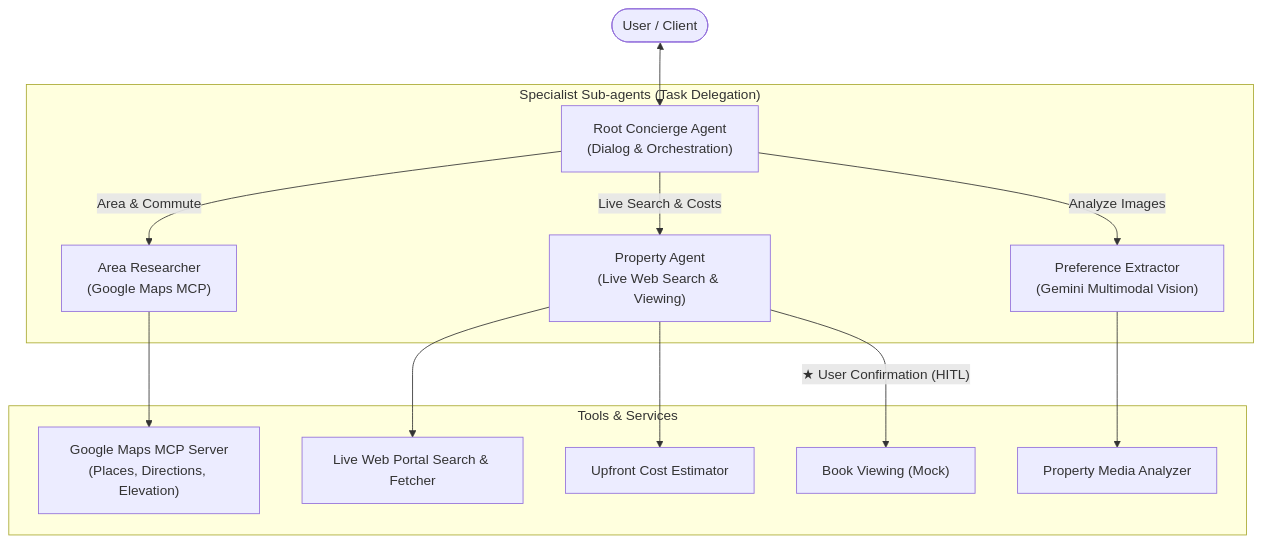
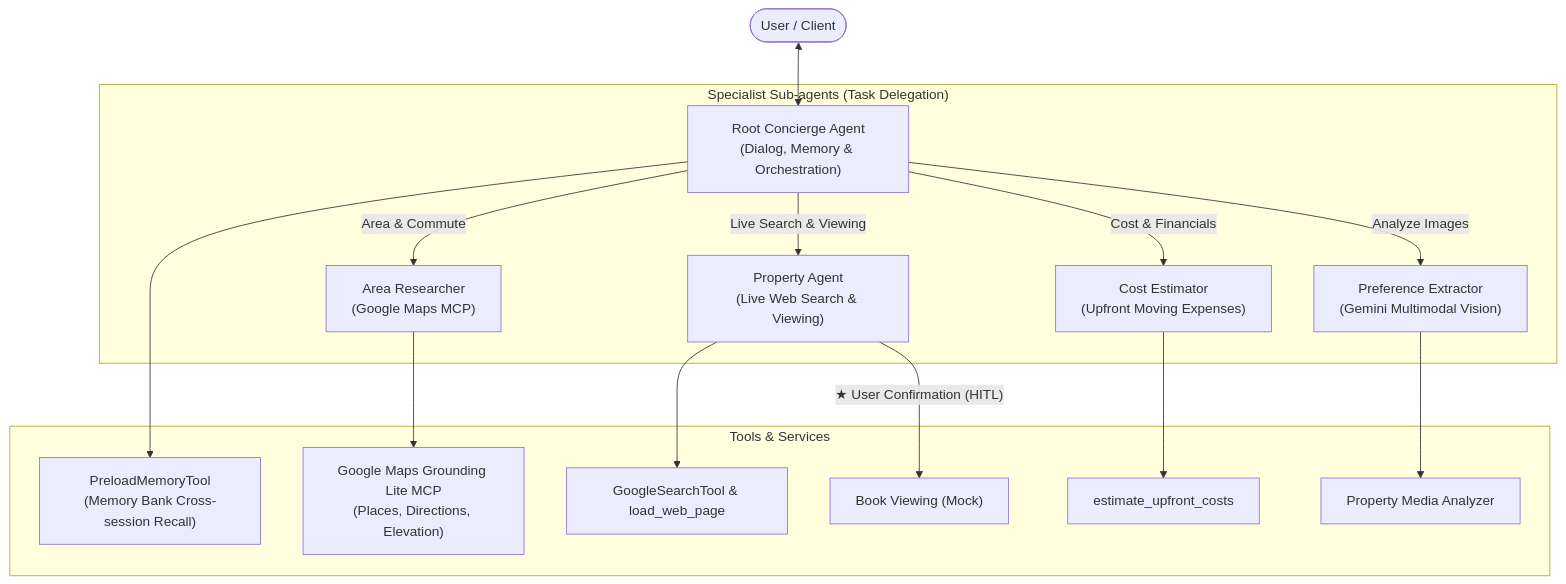
Before and after one commit to shota3506/relocation-agent-demo: the diagram in docs/spec.md, drawn with Mermaid. The commit also changed other lines of this file and 2 other files, not shown here.

Commit message:
implement context history compaction and asynchronous memory operations

````diff
--- a/docs/spec.md
+++ b/docs/spec.md
@@ -31,18 +31,20 @@
 ```mermaid
 flowchart TD
-    User([User / Client]) <--> Root["Root Concierge Agent<br/>(Dialog & Orchestration)"]
+    User([User / Client]) <--> Root["Root Concierge Agent<br/>(Dialog, Memory & Orchestration)"]
     
     subgraph MultiAgentSystem["Specialist Sub-agents (Task Delegation)"]
         Root -->|"Area & Commute"| AreaAgent["Area Researcher<br/>(Google Maps MCP)"]
-        Root -->|"Live Search & Costs"| PropAgent["Property Agent<br/>(Live Web Search & Viewing)"]
+        Root -->|"Live Search & Viewing"| PropAgent["Property Agent<br/>(Live Web Search & Viewing)"]
+        Root -->|"Cost & Financials"| CostAgent["Cost Estimator<br/>(Upfront Moving Expenses)"]
         Root -->|"Analyze Images"| PrefAgent["Preference Extractor<br/>(Gemini Multimodal Vision)"]
     end
 
     subgraph ToolsAndIntegrations["Tools & Services"]
-        AreaAgent --> MapsMCP["Google Maps MCP Server<br/>(Places, Directions, Elevation)"]
-        PropAgent --> WebSearch["Live Web Portal Search & Fetcher"]
-        PropAgent --> CostTool["Upfront Cost Estimator"]
+        Root --> PreloadMem["PreloadMemoryTool<br/>(Memory Bank Cross-session Recall)"]
+        AreaAgent --> MapsMCP["Google Maps Grounding Lite MCP<br/>(Places, Directions, Elevation)"]
+        PropAgent --> WebSearch["GoogleSearchTool & load_web_page"]
         PropAgent -->|"★ User Confirmation (HITL)"| BookingMock["Book Viewing (Mock)"]
+        CostAgent --> CostTool["estimate_upfront_costs"]
         PrefAgent --> VisionTool["Property Media Analyzer"]
     end
 ```
````
